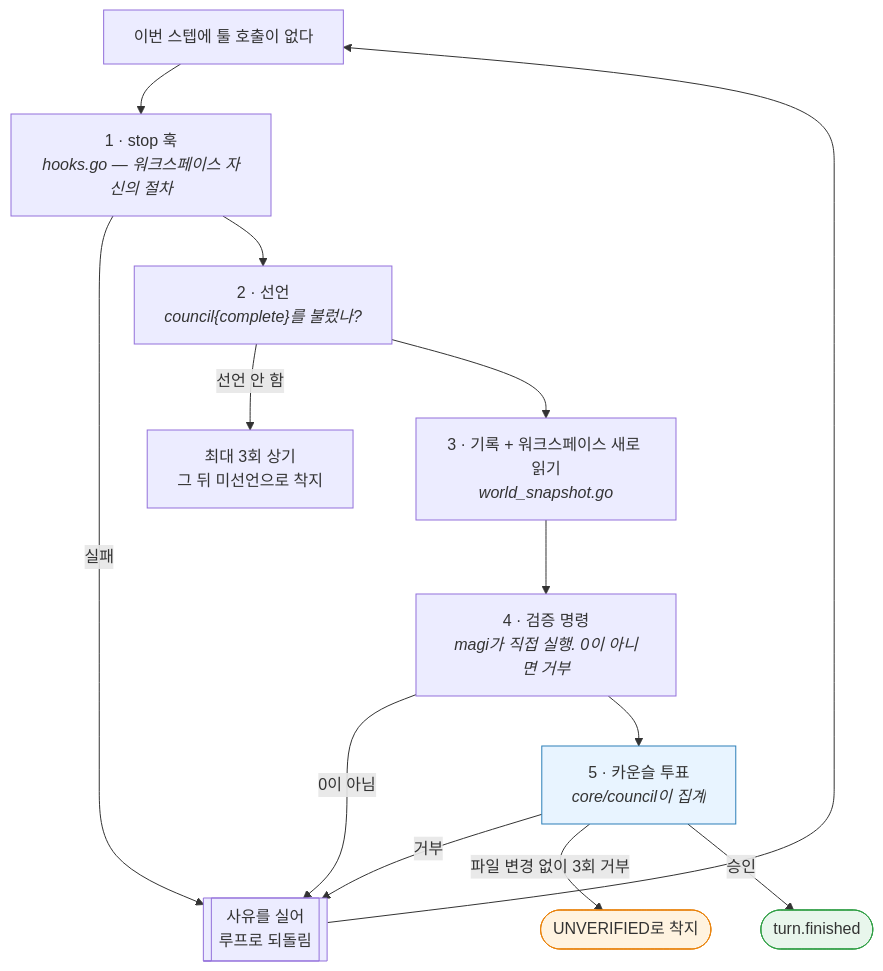
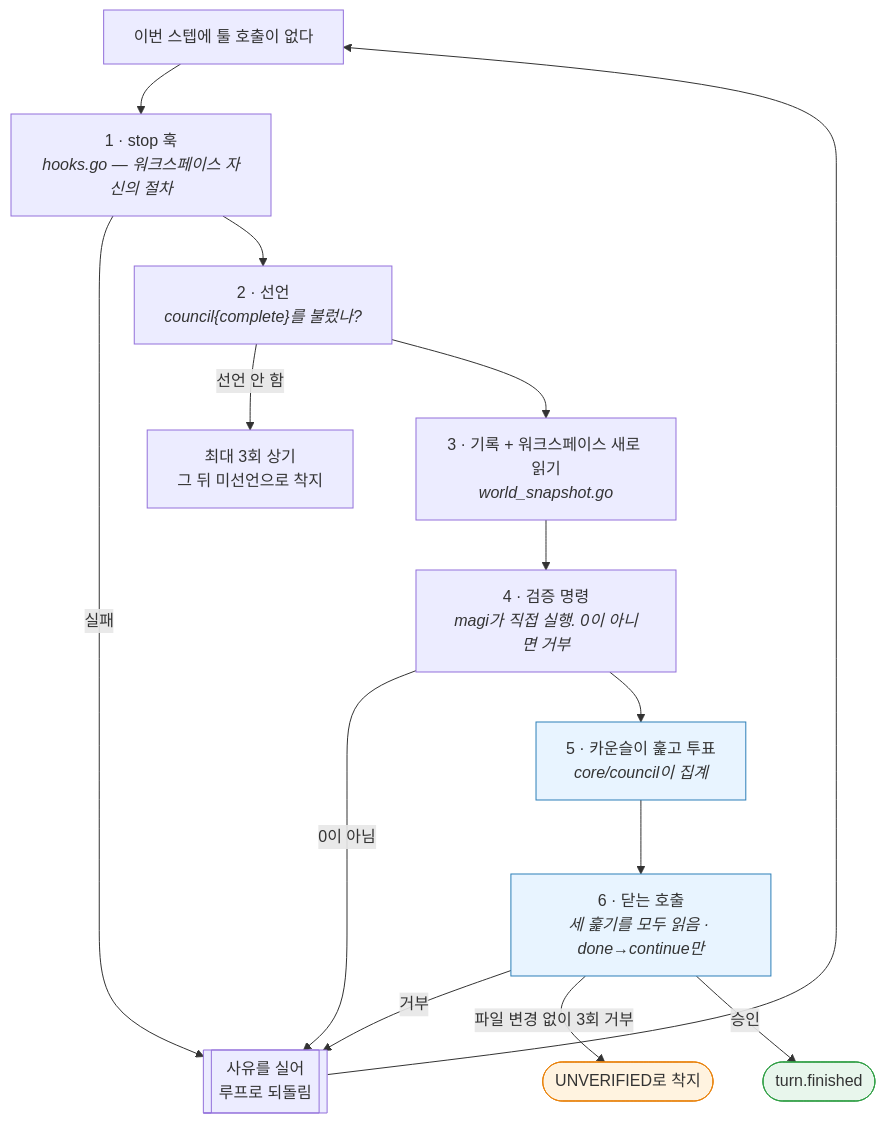
The fifth of 6 diagrams in docs/ARCHITECTURE.ko.md (sayaya1090/magi), drawn with Mermaid before and after one commit. The commit also changed other lines of this file and 11 other files, not shown here.

````diff
--- a/docs/ARCHITECTURE.ko.md
+++ b/docs/ARCHITECTURE.ko.md
@@ -544,19 +544,21 @@
 ```mermaid
 flowchart TD
     Z[이번 스텝에 툴 호출이 없다] --> H1["1 · stop 훅<br/><i>hooks.go — 워크스페이스 자신의 절차</i>"]
     H1 -->|실패| BACK[["사유를 실어<br/>루프로 되돌림"]]
     H1 --> H2["2 · 선언<br/><i>council{complete}를 불렀나?</i>"]
     H2 -->|선언 안 함| REM["최대 3회 상기<br/>그 뒤 미선언으로 착지"]
     H2 --> H3["3 · 기록 + 워크스페이스 새로 읽기<br/><i>world_snapshot.go</i>"]
     H3 --> H4["4 · 검증 명령<br/><i>magi가 직접 실행. 0이 아니면 거부</i>"]
     H4 -->|0이 아님| BACK
-    H4 --> H5["5 · 카운슬 투표<br/><i>core/council이 집계</i>"]
-    H5 -->|거부| BACK
-    H5 -->|파일 변경 없이 3회 거부| UNV([UNVERIFIED로 착지])
-    H5 -->|승인| END([turn.finished])
+    H4 --> H5["5 · 카운슬이 훑고 투표<br/><i>core/council이 집계</i>"]
+    H5 --> H6["6 · 닫는 호출<br/><i>세 훑기를 모두 읽음 · done→continue만</i>"]
+    H6 -->|거부| BACK
+    H6 -->|파일 변경 없이 3회 거부| UNV([UNVERIFIED로 착지])
+    H6 -->|승인| END([turn.finished])
     BACK --> Z
 
     style END fill:#e8f6ec,stroke:#2f9e44
     style UNV fill:#fff3e0,stroke:#e8820c
     style H5 fill:#e8f4ff,stroke:#2c7fb8
+    style H6 fill:#e8f4ff,stroke:#2c7fb8
 ```
````
